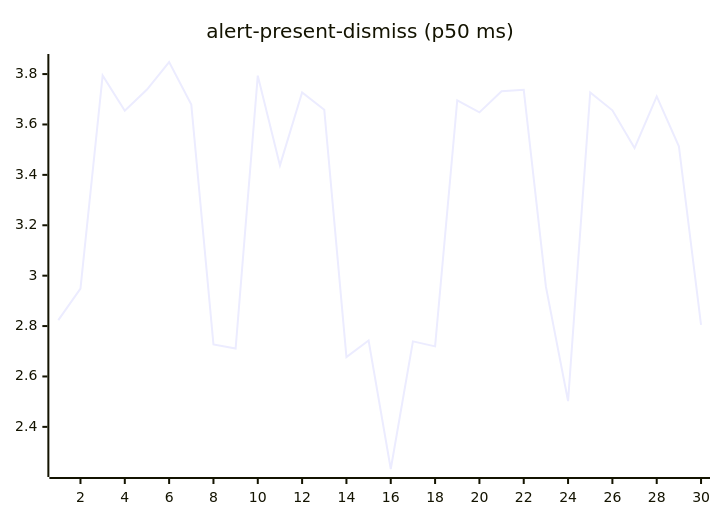
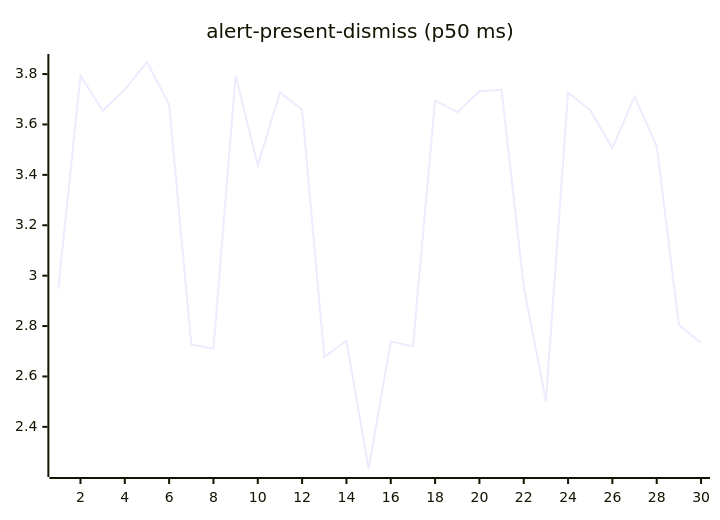
Before and after one commit to josha/Facet: the second of 27 diagrams in README.md, drawn with Mermaid. The commit also changed other lines of this file and 2 other files, not shown here.

````diff
--- a/README.md
+++ b/README.md
@@ -70,6 +70,6 @@
 ```mermaid
 xychart-beta
     title "alert-present-dismiss (p50 ms)"
     x-axis 1 --> 30
-    line [2.8233, 2.9484, 3.7942, 3.6546, 3.7386, 3.8479, 3.6788, 2.7270, 2.7111, 3.7936, 3.4376, 3.7274, 3.6582, 2.6769, 2.7425, 2.2328, 2.7393, 2.7195, 3.6955, 3.6480, 3.7318, 3.7373, 2.9562, 2.5024, 3.7273, 3.6562, 3.5064, 3.7112, 3.5136, 2.8044]
+    line [2.9484, 3.7942, 3.6546, 3.7386, 3.8479, 3.6788, 2.7270, 2.7111, 3.7936, 3.4376, 3.7274, 3.6582, 2.6769, 2.7425, 2.2328, 2.7393, 2.7195, 3.6955, 3.6480, 3.7318, 3.7373, 2.9562, 2.5024, 3.7273, 3.6562, 3.5064, 3.7112, 3.5136, 2.8044, 2.7337]
 ```
````
